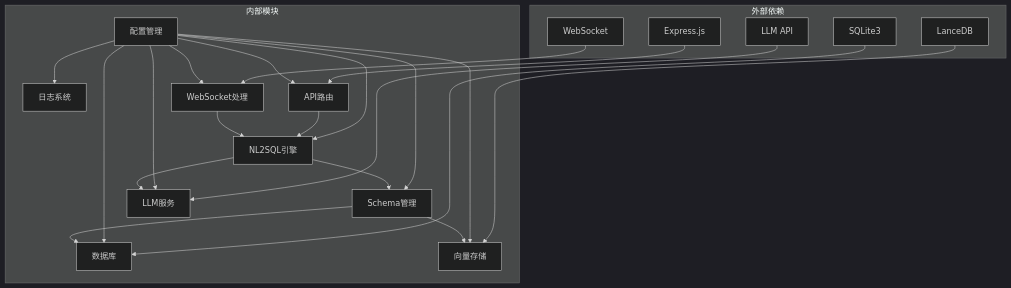
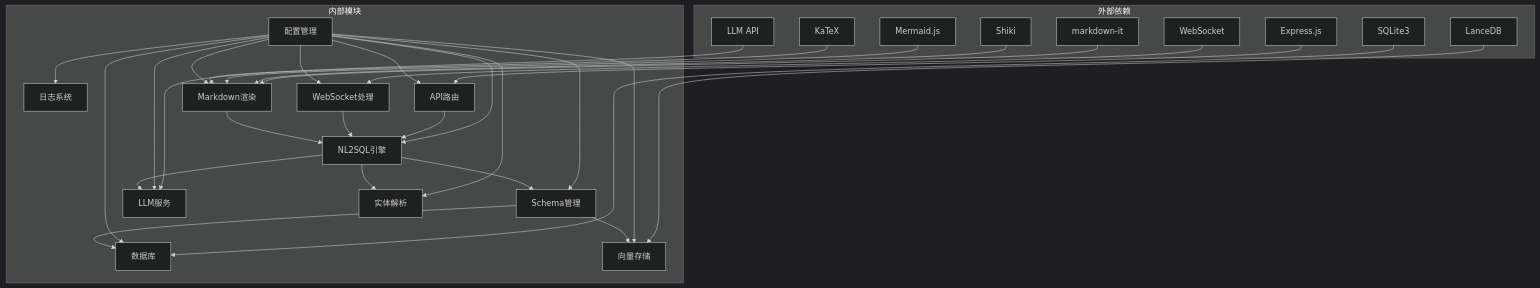
Diagram 12 of 12 in .qoder/repowiki/zh/content/核心模块详解/NL2SQL自然语言到SQL系统.md (HanHuiOnLine/724-office), drawn with Mermaid (dark theme) before and after one commit. The commit also changed other lines of this file and 14 other files, not shown here.

````diff
--- a/.qoder/repowiki/zh/content/核心模块详解/NL2SQL自然语言到SQL系统.md
+++ b/.qoder/repowiki/zh/content/核心模块详解/NL2SQL自然语言到SQL系统.md
@@ -537,40 +653,54 @@
 ```mermaid
 graph TB
 subgraph "外部依赖"
 EX1[Express.js]
 EX2[WebSocket]
 EX3[SQLite3]
 EX4[LanceDB]
 EX5[LLM API]
+EX6[markdown-it]
+EX7[Shiki]
+EX8[Mermaid.js]
+EX9[KaTeX]
 end
 subgraph "内部模块"
 IM1[配置管理]
 IM2[日志系统]
 IM3[数据库]
 IM4[向量存储]
 IM5[Schema管理]
 IM6[LLM服务]
 IM7[NL2SQL引擎]
 IM8[WebSocket处理]
 IM9[API路由]
+IM10[实体解析]
+IM11[Markdown渲染]
 end
 EX1 --> IM9
 EX2 --> IM8
 EX3 --> IM3
 EX4 --> IM4
 EX5 --> IM6
+EX6 --> IM11
+EX7 --> IM11
+EX8 --> IM11
+EX9 --> IM11
 IM1 --> IM2
 IM1 --> IM3
 IM1 --> IM4
 IM1 --> IM5
 IM1 --> IM6
 IM1 --> IM7
 IM1 --> IM8
 IM1 --> IM9
+IM1 --> IM10
+IM1 --> IM11
 IM9 --> IM7
 IM8 --> IM7
 IM7 --> IM5
 IM7 --> IM6
+IM7 --> IM10
 IM5 --> IM4
 IM5 --> IM3
+IM11 --> IM7
 ```
````
